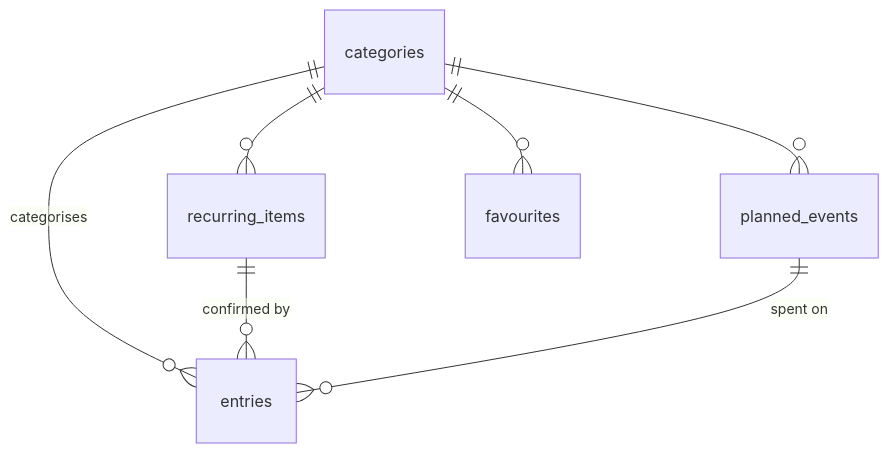
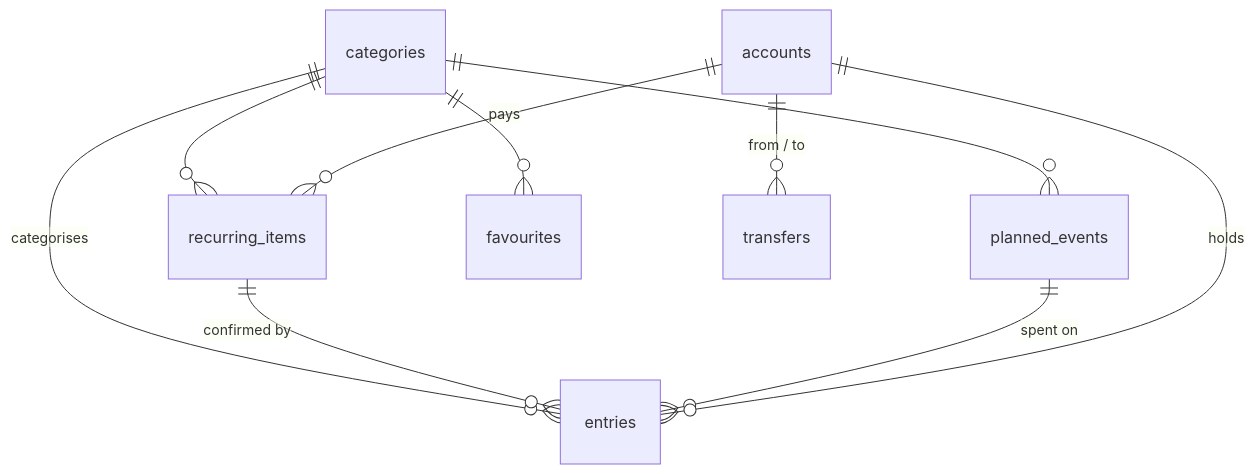
Before and after one commit to MuhaiminRoshaizad/bajet: the diagram in docs/data-model.md, drawn with Mermaid. The commit also changed other lines of this file and 16 other files, not shown here.

First line of the commit message:
feat(database): keep money in accounts, with transfers between them

````diff
--- a/docs/data-model.md
+++ b/docs/data-model.md
@@ -7,9 +7,12 @@
 ```mermaid
 erDiagram
   categories ||--o{ entries : "categorises"
   categories ||--o{ recurring_items : ""
   categories ||--o{ planned_events : ""
   categories ||--o{ favourites : ""
   recurring_items ||--o{ entries : "confirmed by"
   planned_events ||--o{ entries : "spent on"
+  accounts ||--o{ entries : "holds"
+  accounts ||--o{ recurring_items : "pays"
+  accounts ||--o{ transfers : "from / to"
 ```
````
